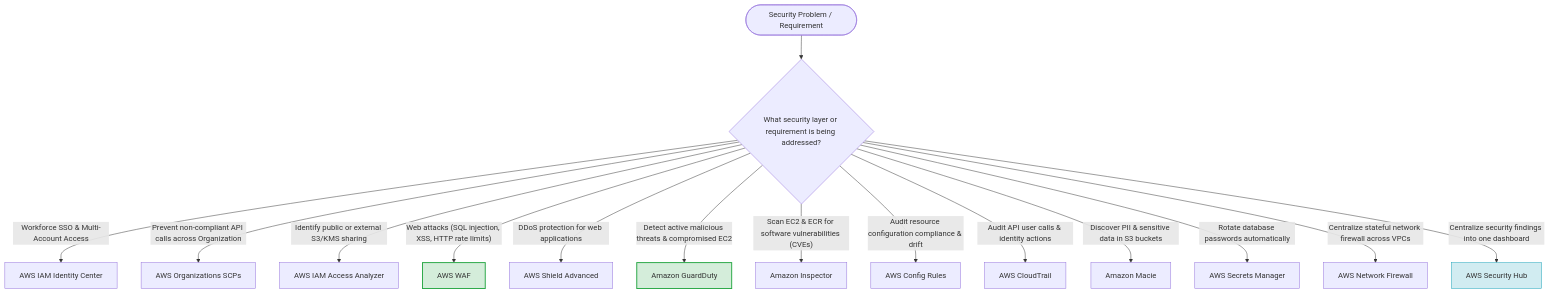
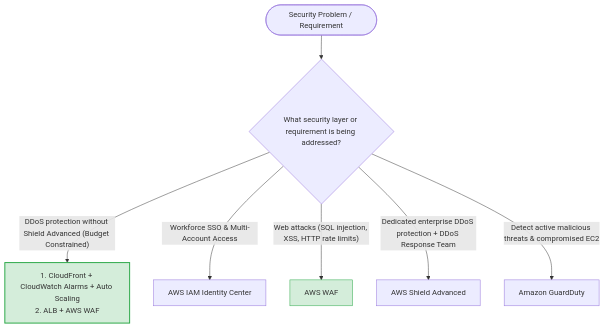
Before and after one commit to ReginRavi/AIP-C01: the fifth of 5 diagrams in Professional/3.2 Security-specific AWS solutions.md, drawn with Mermaid. The commit also changed other lines of this file and 20 other files, not shown here.

````diff
--- a/Professional/3.2 Security-specific AWS solutions.md
+++ b/Professional/3.2 Security-specific AWS solutions.md
@@ -147,34 +210,14 @@
 ```mermaid
 flowchart TD
     Start(["Security Problem / Requirement"]) --> Q1{"What security layer or requirement is being addressed?"}
 
+    Q1 -- "DDoS protection without Shield Advanced (Budget Constrained)" --> Ans_DDoS_Std["1. CloudFront + CloudWatch Alarms + Auto Scaling<br/>2. ALB + AWS WAF"]
+
     Q1 -- "Workforce SSO & Multi-Account Access" --> Ans_IDC["AWS IAM Identity Center"]
-
-    Q1 -- "Prevent non-compliant API calls across Organization" --> Ans_SCP["AWS Organizations SCPs"]
-
-    Q1 -- "Identify public or external S3/KMS sharing" --> Ans_Analyzer["AWS IAM Access Analyzer"]
-
     Q1 -- "Web attacks (SQL injection, XSS, HTTP rate limits)" --> Ans_WAF["AWS WAF"]
-
-    Q1 -- "DDoS protection for web applications" --> Ans_Shield["AWS Shield Advanced"]
-
+    Q1 -- "Dedicated enterprise DDoS protection + DDoS Response Team" --> Ans_Shield["AWS Shield Advanced"]
     Q1 -- "Detect active malicious threats & compromised EC2" --> Ans_GD["Amazon GuardDuty"]
 
-    Q1 -- "Scan EC2 & ECR for software vulnerabilities (CVEs)" --> Ans_Insp["Amazon Inspector"]
-
-    Q1 -- "Audit resource configuration compliance & drift" --> Ans_Config["AWS Config Rules"]
-
-    Q1 -- "Audit API user calls & identity actions" --> Ans_CT["AWS CloudTrail"]
-
-    Q1 -- "Discover PII & sensitive data in S3 buckets" --> Ans_Macie["Amazon Macie"]
-
-    Q1 -- "Rotate database passwords automatically" --> Ans_SM["AWS Secrets Manager"]
-
-    Q1 -- "Centralize stateful network firewall across VPCs" --> Ans_NetFW["AWS Network Firewall"]
-
-    Q1 -- "Centralize security findings into one dashboard" --> Ans_SecHub["AWS Security Hub"]
-
-    style Ans_WAF fill:#d4edda,stroke:#28a745,stroke-width:2px
-    style Ans_GD fill:#d4edda,stroke:#28a745,stroke-width:2px
-    style Ans_SecHub fill:#d1ecf1,stroke:#17a2b8,stroke-width:1px
+    style Ans_DDoS_Std fill:#d4edda,stroke:#28a745,stroke-width:2px
+    style Ans_WAF fill:#d4edda,stroke:#28a745,stroke-width:1px
 ```
````
